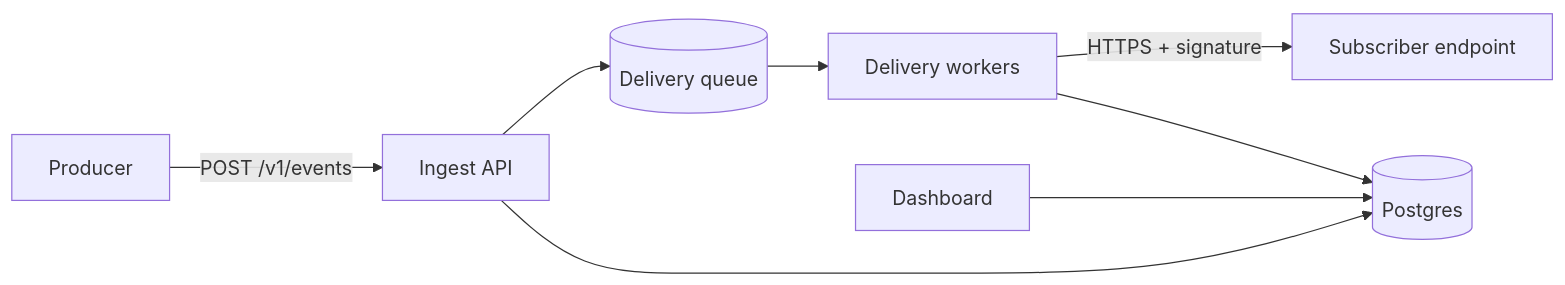
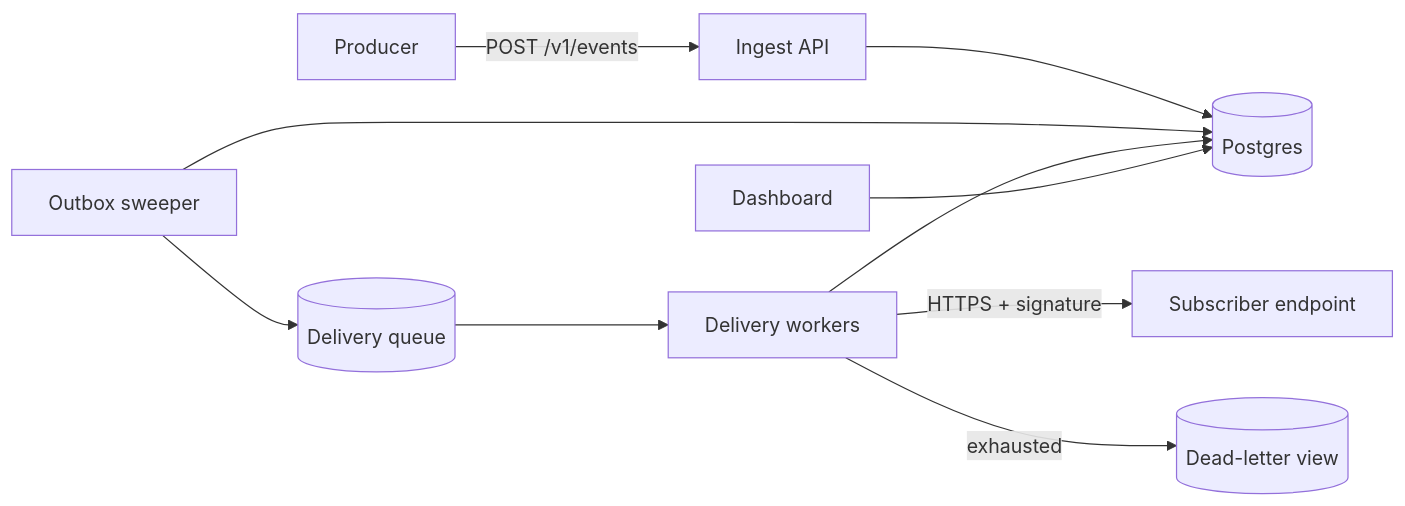
The diagram in docs/architecture.md (erik-slovak/relay-docs), drawn with Mermaid before and after one commit. The commit also changed other lines of this file, not shown here.

Commit message:
docs: outbox sweeper and DLQ in system diagram, Ed25519 signature v2

````diff
--- a/docs/architecture.md
+++ b/docs/architecture.md
@@ -11,10 +11,12 @@
 ```mermaid
 flowchart LR
     P[Producer] -->|POST /v1/events| I[Ingest API]
-    I --> Q[(Delivery queue)]
     I --> DB[(Postgres)]
+    O[Outbox sweeper] --> DB
+    O --> Q[(Delivery queue)]
     Q --> W[Delivery workers]
     W -->|HTTPS + signature| E[Subscriber endpoint]
     W --> DB
+    W -->|exhausted| DLQ[(Dead-letter view)]
     D[Dashboard] --> DB
 ```
````
